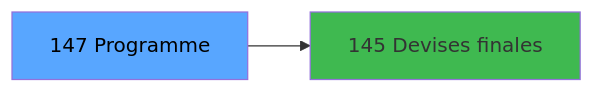
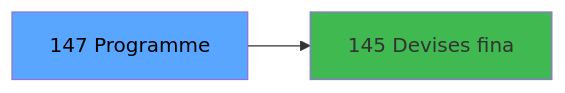
Before and after one commit to thonyAGP/magic-migration: the third of 3 diagrams in .openspec/specs/ADH-IDE-147.md, drawn with Mermaid. The commit also changed other lines of this file and 323 other files, not shown here.

````diff
--- a/.openspec/specs/ADH-IDE-147.md
+++ b/.openspec/specs/ADH-IDE-147.md
@@ -125,8 +146,8 @@
 ```mermaid
 graph LR
     T[147 Programme]
-    C145[145 Devises finales]
+    C145[145 Devises fina]
     T --> C145
     style T fill:#58a6ff,color:#000
     style C145 fill:#3fb950
 ```
````
